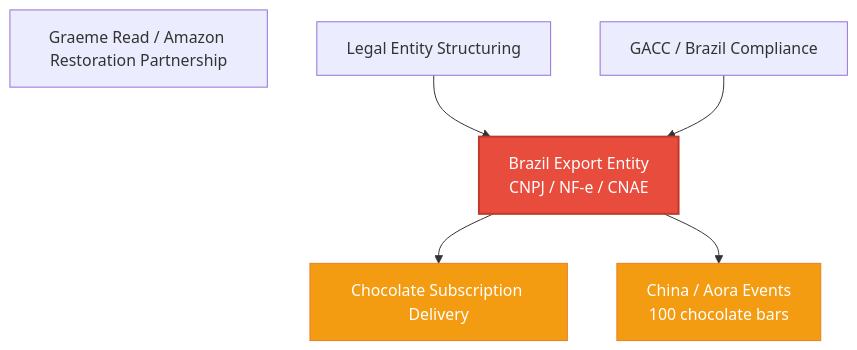
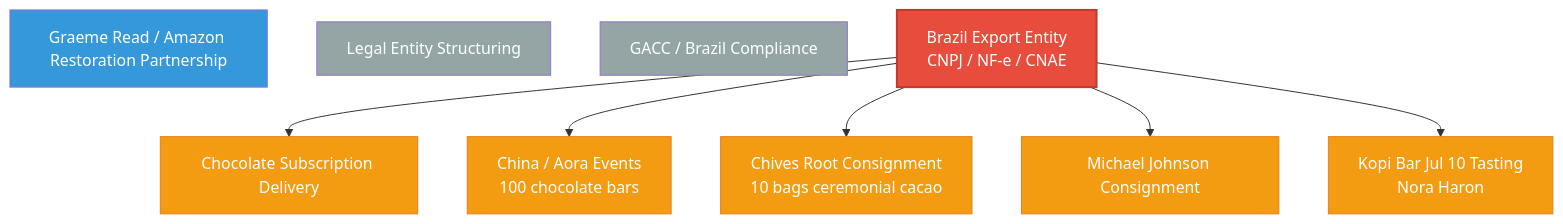
Before and after one commit to TrueSightDAO/agentic_ai_context: the diagram in TRACK_MAP.md, drawn with Mermaid. The commit also changed other lines of this file, not shown here.

Commit message:
Fix track dependencies: Legal Entity and GACC are parallel, not blockers

````diff
--- a/TRACK_MAP.md
+++ b/TRACK_MAP.md
@@ -9,13 +9,21 @@
 ```mermaid
 flowchart TD
     G[Graeme Read / Amazon Restoration Partnership]:::new
-    T5[Legal Entity Structuring] --> T7
-    T6[GACC / Brazil Compliance] --> T7
+    T5[Legal Entity Structuring]:::offline
+    T6[GACC / Brazil Compliance]:::offline
     T7[Brazil Export Entity<br/>CNPJ / NF-e / CNAE]:::gate --> T8
     T7 --> T9
+    T7 --> T10
+    T7 --> T11
+    T7 --> T12
     T8[Chocolate Subscription Delivery]:::blocked
     T9[China / Aora Events<br/>100 chocolate bars]:::blocked
+    T10[Chives Root Consignment<br/>10 bags ceremonial cacao]:::blocked
+    T11[Michael Johnson Consignment]:::blocked
+    T12[Kopi Bar Jul 10 Tasting<br/>Nora Haron]:::blocked
 
     classDef gate fill:#e74c3c,color:#fff,stroke:#c0392b,stroke-width:2px
     classDef blocked fill:#f39c12,color:#fff,stroke:#e67e22
+    classDef offline fill:#95a5a6,color:#fff
+    classDef new fill:#3498db,color:#fff
 ```
````
